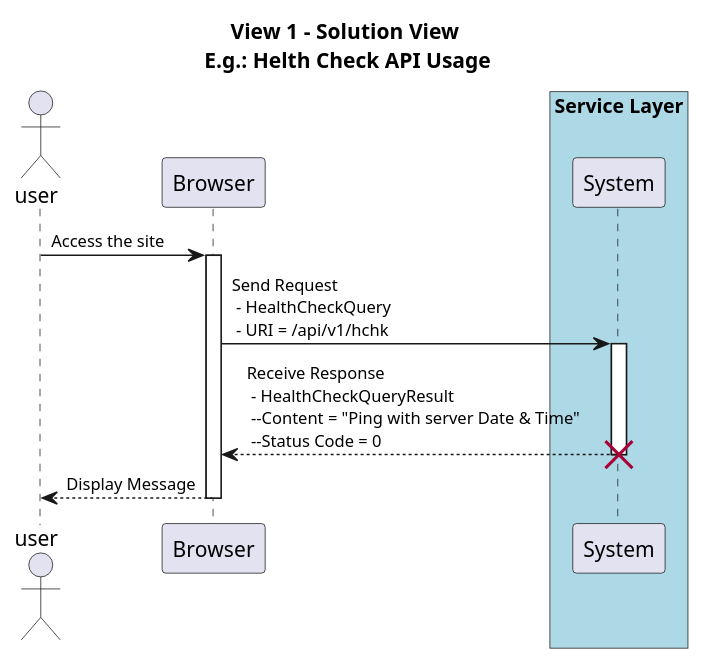
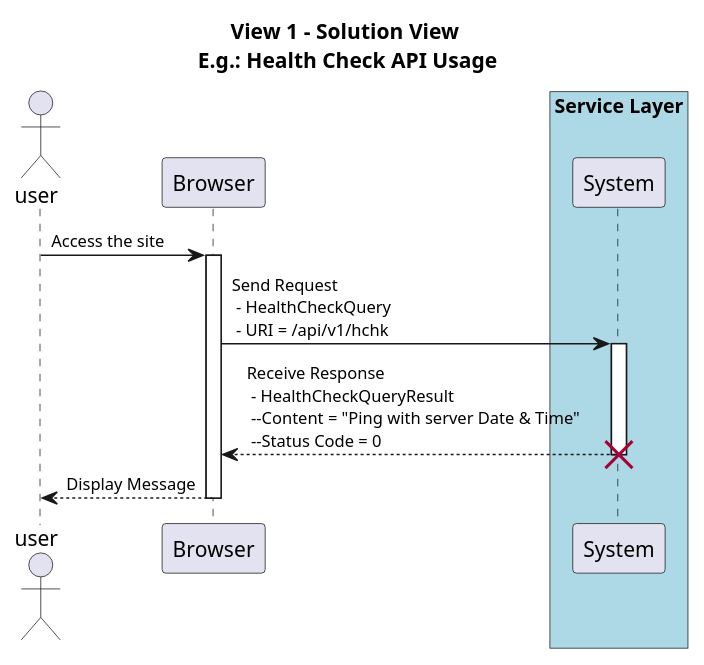
The diagram in diagrams/HealthCheck-View-01.puml (eLetterBank/springdemo), drawn with PlantUML before and after one commit. The commit also changed 2 other files, not shown here.

Commit message:
Sequence diagrams has been updated

```diff
--- a/diagrams/HealthCheck-View-01.puml
+++ b/diagrams/HealthCheck-View-01.puml
@@ -1,34 +1,34 @@
 @startuml
-title View 1 - Solution View \nE.g.: Helth Check API Usage
+title View 1 - Solution View \nE.g.: Health Check API Usage
 
 actor user
 participant Browser as bw
 
 box "Service Layer" #LightBlue
 participant "System" as hChekApi
 end box
 
 skinparam sequence {
     ActorFontName Arial
     ActorFontSize 11
 
     ParticipantFontName Arial
     ParticipantFontSize 11
 
     ArrowFontName Arial
     ArrowFontSize 11
 }
 
 user->bw: Access the site
 activate bw
 
 bw->hChekApi: Send Request \n - HealthCheckQuery \n - URI = /api/v1/hchk
 activate hChekApi
 hChekApi-->bw:Receive Response \n - HealthCheckQueryResult \n --Content = "Ping with server Date & Time" \n --Status Code = 0
 deactivate hChekApi
 destroy hChekApi
 
 bw-->user: Display Message
 deactivate bw
 
 @enduml
```
